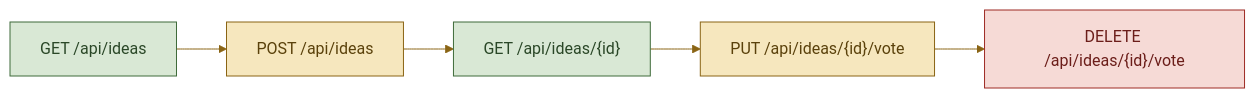
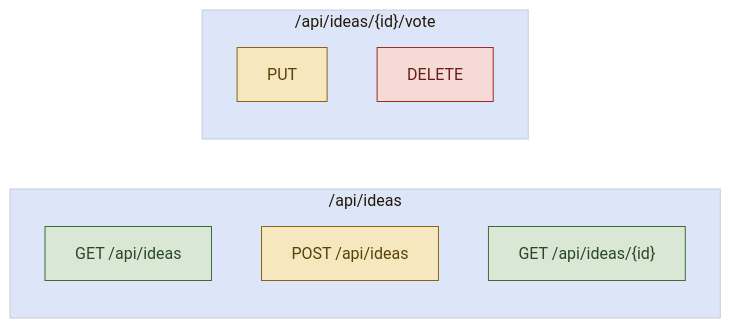
The diagram in docs/API.md (kfeuerschvenger/programmingrequests), drawn with Mermaid before and after one commit. The commit also changed other lines of this file and 6 other files, not shown here.

Commit message:
docs: accuracy fixes across api, testing, environment, roadmap and spanish labels

````diff
--- a/docs/API.md
+++ b/docs/API.md
@@ -10,14 +12,19 @@
 ```mermaid
 %%{init: {'theme':'base','themeVariables':{'fontFamily':'Segoe UI, Helvetica, Arial, sans-serif','primaryColor':'#F3E6C8','primaryBorderColor':'#3B2A1E','primaryTextColor':'#2B2622','lineColor':'#8A6414','textColor':'#2B2622','edgeLabelBackground':'#FBF5E7'}}}%%
 flowchart LR
-  L["GET /api/ideas"] --> P["POST /api/ideas"]
-  P --> G["GET /api/ideas/{id}"]
-  G --> V["PUT /api/ideas/{id}/vote"]
-  V --> R["DELETE /api/ideas/{id}/vote"]
+  subgraph Ideas["/api/ideas"]
+    L["GET /api/ideas"]
+    P["POST /api/ideas"]
+    G["GET /api/ideas/{id}"]
+  end
+  subgraph Votes["/api/ideas/{id}/vote"]
+    V["PUT"]
+    R["DELETE"]
+  end
   classDef guild fill:#D9E8D5,stroke:#3F6B3A,color:#2A4727
   classDef brass fill:#F6E7BE,stroke:#8A6414,color:#5A410B
   classDef wax fill:#F6DAD6,stroke:#9E2B25,color:#6B1D19
   class L,G guild
   class P,V brass
   class R wax
 ```
````
